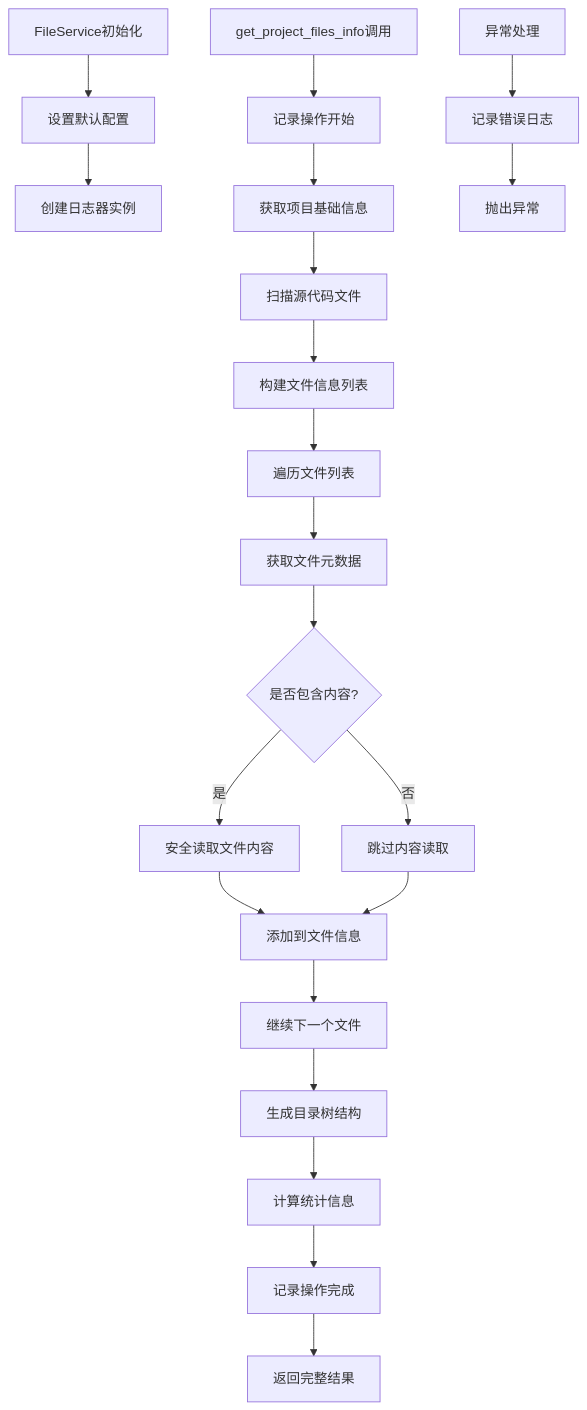
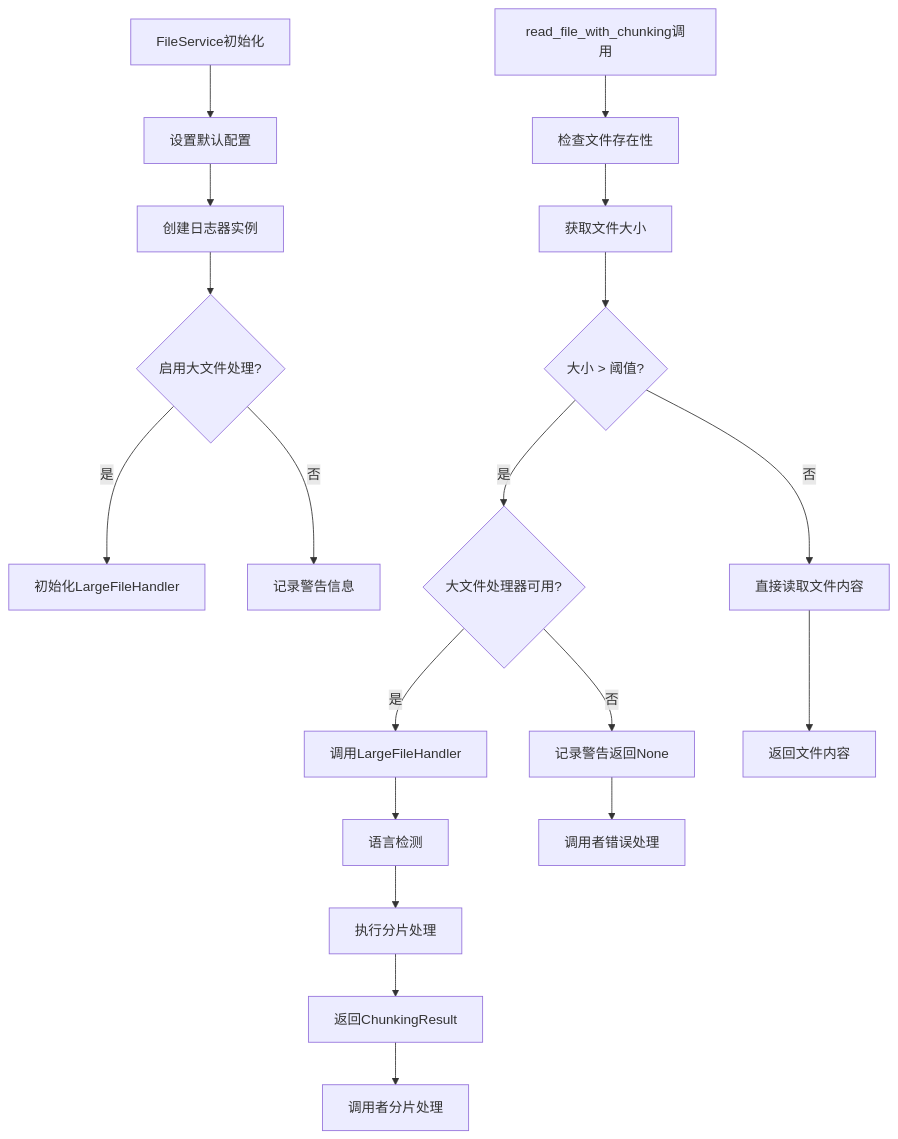
One commit to MGX-LJY/CodeLens changed the third of 3 diagrams in docs/files/summaries/src/services/file_service.py.md. Above: the diagram before and after it, drawn with Mermaid. The commit also changed other lines of this file and 20 other files, not shown here.

````diff
--- a/docs/files/summaries/src/services/file_service.py.md
+++ b/docs/files/summaries/src/services/file_service.py.md
@@ -100,28 +167,24 @@
 ```mermaid
 graph TD
     A[FileService初始化] --> B[设置默认配置]
     B --> C[创建日志器实例]
+    C --> D{启用大文件处理?}
+    D -->|是| E[初始化LargeFileHandler]
+    D -->|否| F[记录警告信息]
     
-    D[get_project_files_info调用] --> E[记录操作开始]
-    E --> F[获取项目基础信息]
-    F --> G[扫描源代码文件]
-    G --> H[构建文件信息列表]
+    G[read_file_with_chunking调用] --> H[检查文件存在性]
+    H --> I[获取文件大小]
+    I --> J{大小 > 阈值?}
+    J -->|否| K[直接读取文件内容]
+    J -->|是| L{大文件处理器可用?}
+    L -->|否| M[记录警告返回None]
+    L -->|是| N[调用LargeFileHandler]
     
-    H --> I[遍历文件列表]
-    I --> J[获取文件元数据]
-    J --> K{是否包含内容?}
-    K -->|是| L[安全读取文件内容]
-    K -->|否| M[跳过内容读取]
+    N --> O[语言检测]
+    O --> P[执行分片处理]
+    P --> Q[返回ChunkingResult]
     
-    L --> N[添加到文件信息]
-    M --> N
-    N --> O[继续下一个文件]
-    O --> P[生成目录树结构]
-    
-    P --> Q[计算统计信息]
-    Q --> R[记录操作完成]
-    R --> S[返回完整结果]
-    
-    T[异常处理] --> U[记录错误日志]
-    U --> V[抛出异常]
+    K --> R[返回文件内容]
+    M --> S[调用者错误处理]
+    Q --> T[调用者分片处理]
 ```
````
